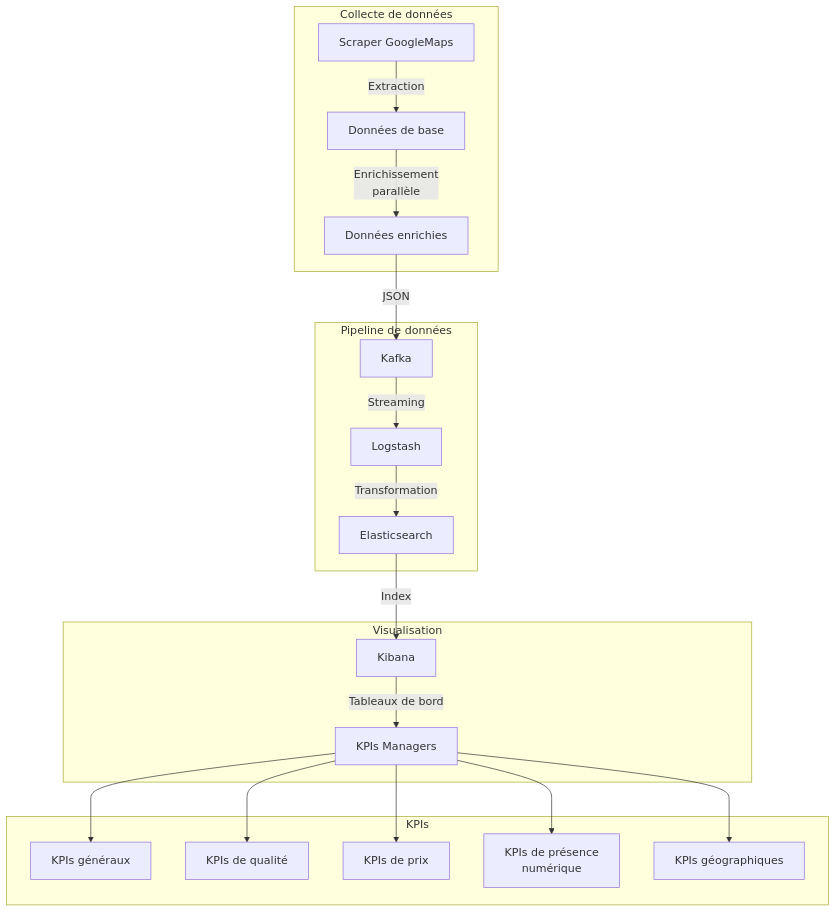
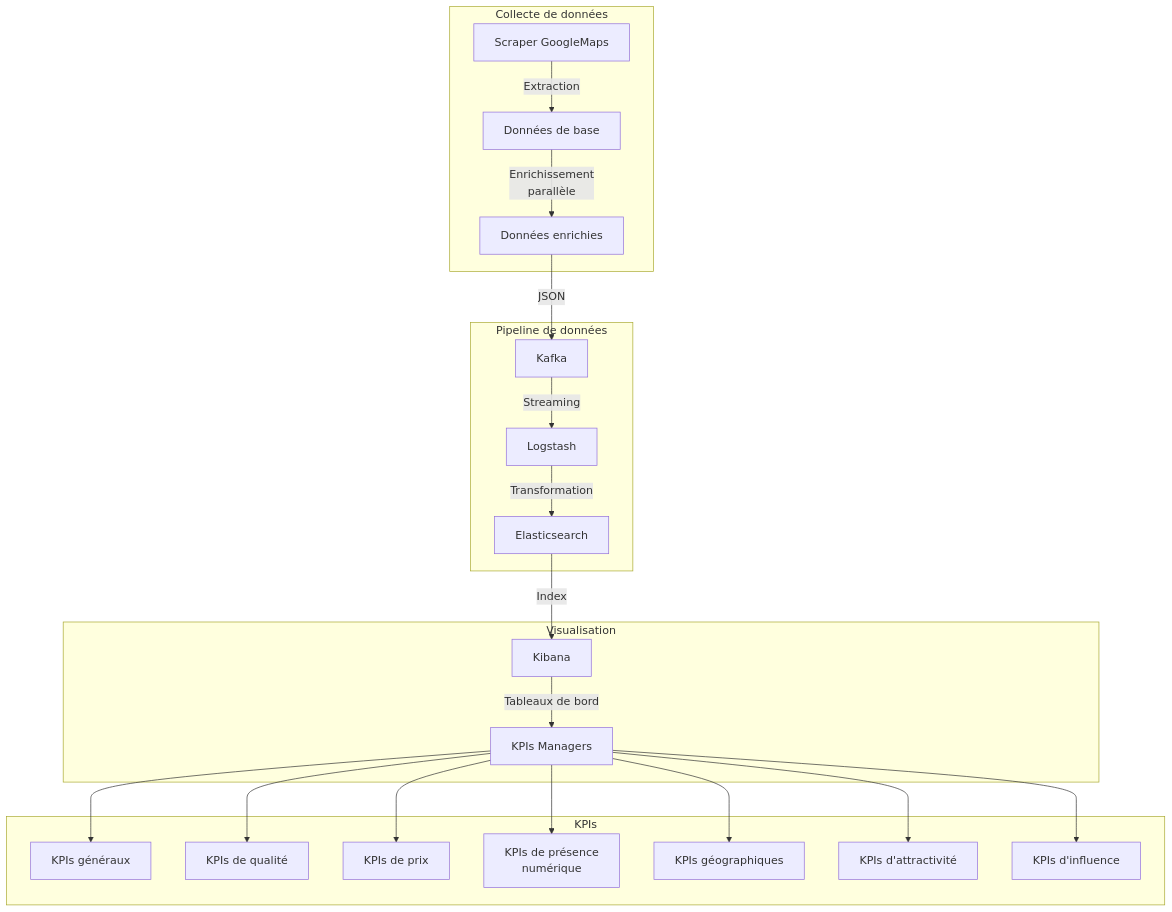
One commit to jeaneigsi/ELK-pipeline changed the diagram in docker/readme.md. Above: the diagram before and after it, drawn with Mermaid. The commit also changed other lines of this file and 9 other files, not shown here.

````diff
--- a/docker/readme.md
+++ b/docker/readme.md
@@ -24,26 +24,28 @@
 ```mermaid
 flowchart TB
     subgraph "Collecte de données"
         A[Scraper GoogleMaps] -->|Extraction| B[Données de base]
         B -->|Enrichissement<br/>parallèle| C[Données enrichies]
     end
     
     subgraph "Pipeline de données"
         C -->|JSON| D[Kafka]
         D -->|Streaming| E[Logstash]
         E -->|Transformation| F[Elasticsearch]
     end
     
     subgraph "Visualisation"
         F -->|Index| G[Kibana]
         G -->|Tableaux de bord| H[KPIs Managers]
     end
     
     subgraph "KPIs"
         H --> KPI1[KPIs généraux]
         H --> KPI2[KPIs de qualité]
         H --> KPI3[KPIs de prix]
         H --> KPI4[KPIs de présence<br/>numérique]
         H --> KPI5[KPIs géographiques]
+        H --> KPI6[KPIs d'attractivité]
+        H --> KPI7[KPIs d'influence]
     end
 ```
````
